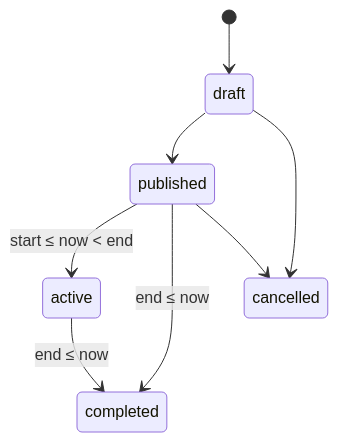
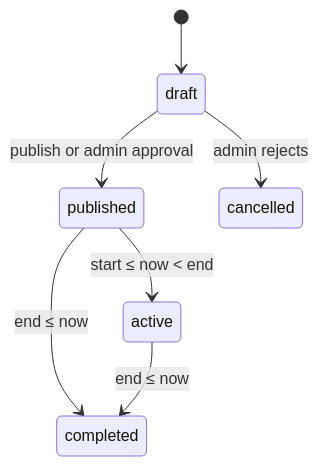
One commit to ArrinPaul/Eventra changed the diagram in METHODOLOGY.md. Above: the diagram before and after it, drawn with Mermaid. The commit also changed other lines of this file and 1 other file, not shown here.

Commit message:
docs: add core flows, roles and ER diagram to README, fix lifecycle states

````diff
--- a/METHODOLOGY.md
+++ b/METHODOLOGY.md
@@ -86,10 +86,9 @@
 ```mermaid
 stateDiagram-v2
     [*] --> draft
-    draft --> published
+    draft --> published: publish or admin approval
     published --> active: start ≤ now < end
     published --> completed: end ≤ now
     active --> completed: end ≤ now
-    draft --> cancelled
-    published --> cancelled
+    draft --> cancelled: admin rejects
 ```
````
